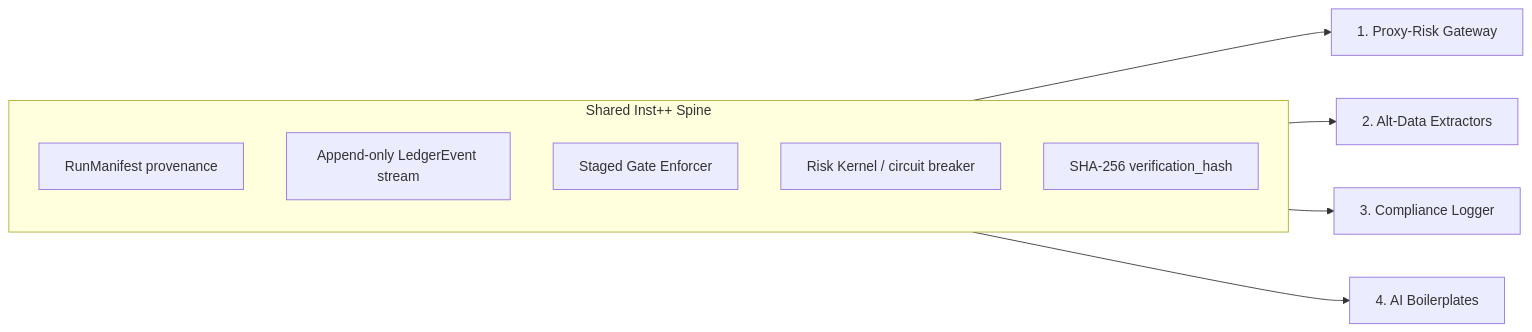
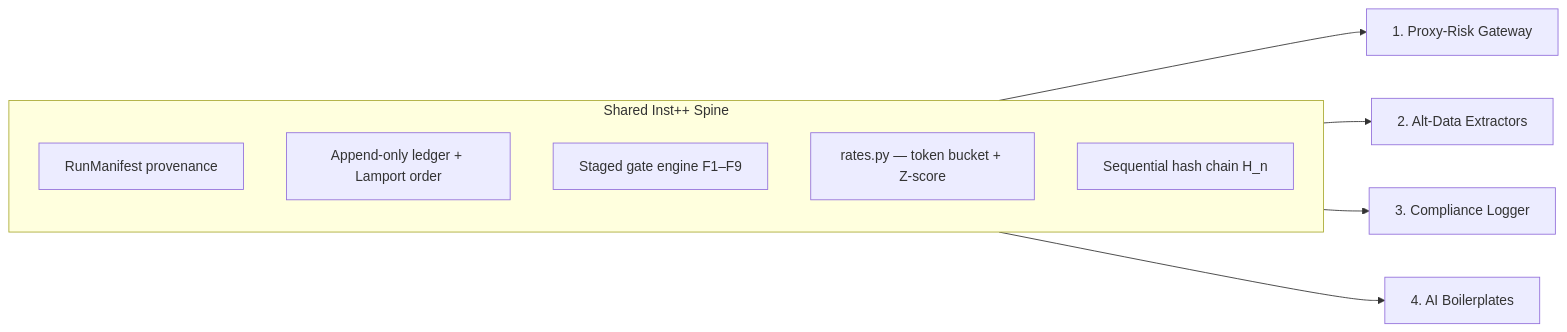
Before and after one commit to mc8h7dxz6t-ui/hibs-bet-racing: the diagram in docs/NEW_PRODUCT_INST_PLUS_ROADMAPS.md, drawn with Mermaid. The commit also changed other lines of this file, not shown here.

First line of the commit message:
Amend Inst++ product roadmaps v2: async hot path, formal math, Lamport clocks

````diff
--- a/docs/NEW_PRODUCT_INST_PLUS_ROADMAPS.md
+++ b/docs/NEW_PRODUCT_INST_PLUS_ROADMAPS.md
@@ -13,20 +15,20 @@
 ```mermaid
 flowchart LR
     subgraph Spine["Shared Inst++ Spine"]
         M[RunManifest provenance]
-        L[Append-only LedgerEvent stream]
-        G[Staged Gate Enforcer]
-        R[Risk Kernel / circuit breaker]
-        H[SHA-256 verification_hash]
+        L[Append-only ledger + Lamport order]
+        G[Staged gate engine F1–F9]
+        R[rates.py — token bucket + Z-score]
+        H[Sequential hash chain H_n]
     end
 
     P1[1. Proxy-Risk Gateway]
     P2[2. Alt-Data Extractors]
     P3[3. Compliance Logger]
     P4[4. AI Boilerplates]
 
     Spine --> P1
     Spine --> P2
     Spine --> P3
     Spine --> P4
 ```
````
